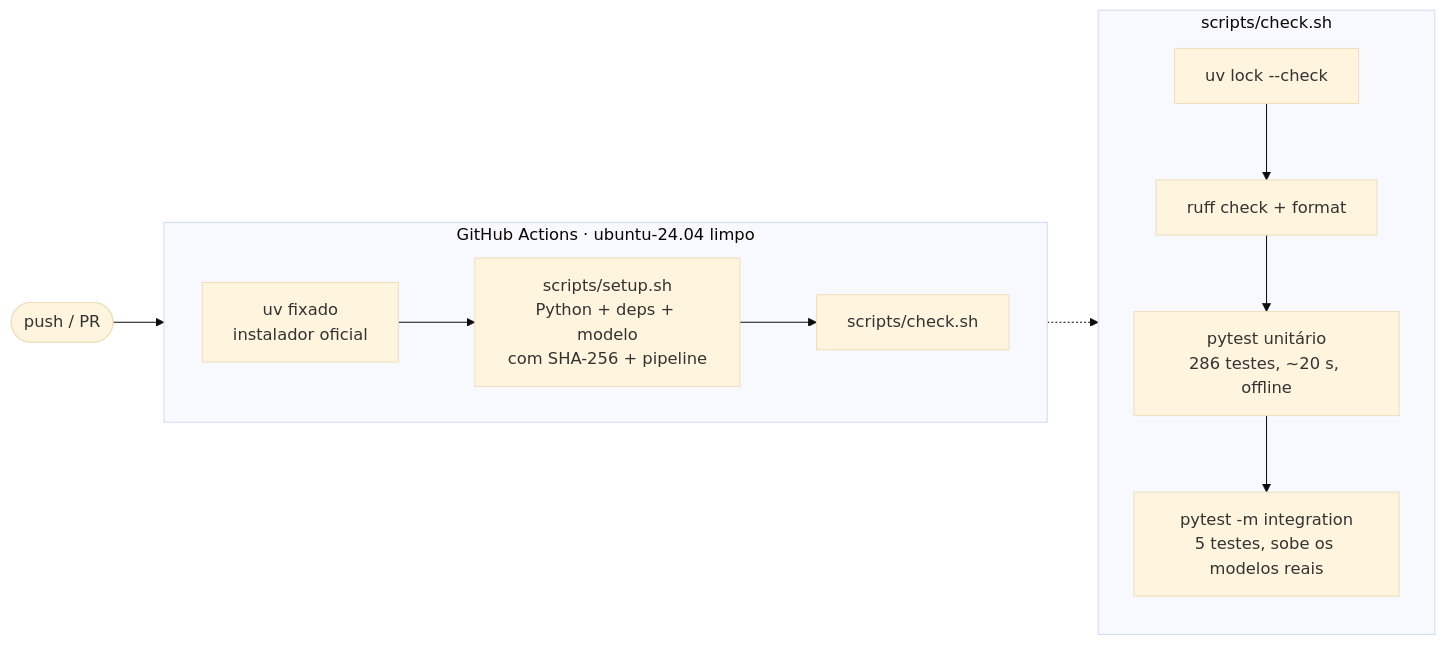
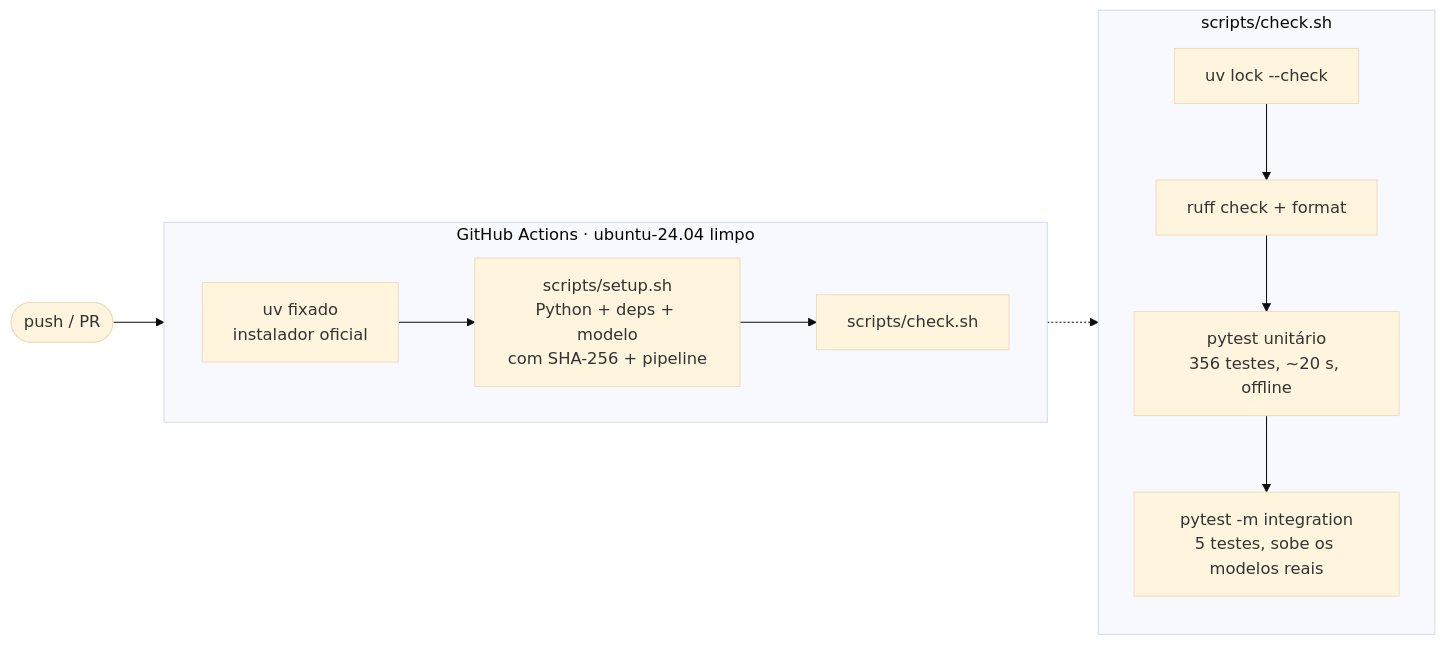
The sixth of 15 diagrams in README.md (RonildoSilva/ai-engineer-challenge), drawn with Mermaid (base theme) before and after one commit. The commit also changed other lines of this file and 5 other files, not shown here.

````diff
--- a/README.md
+++ b/README.md
@@ -216,15 +222,15 @@
 ```mermaid
 flowchart LR
     P([push / PR]) --> CI
     subgraph CI[GitHub Actions · ubuntu-24.04 limpo]
         direction LR
         U[uv fixado<br/>instalador oficial] --> S[scripts/setup.sh<br/>Python + deps + modelo<br/>com SHA-256 + pipeline] --> K[scripts/check.sh]
     end
     subgraph K2[scripts/check.sh]
         direction TB
         L1[uv lock --check] --> L2[ruff check + format]
-        L2 --> L3[pytest unitário<br/>286 testes, ~20 s, offline]
+        L2 --> L3[pytest unitário<br/>356 testes, ~20 s, offline]
         L3 --> L4[pytest -m integration<br/>5 testes, sobe os modelos reais]
     end
     K -.-> K2
 ```
````
